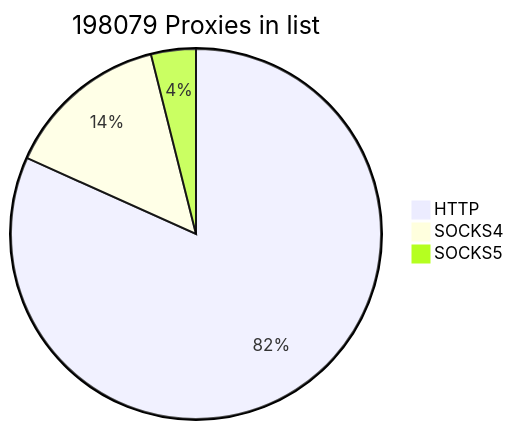
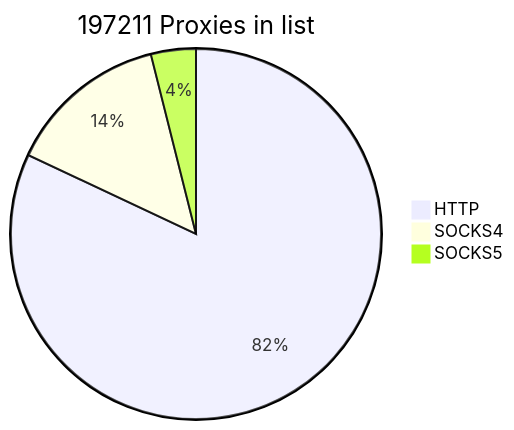
The first of 2 diagrams in README.md (cutipu/proxylist), drawn with Mermaid before and after one commit. The commit also changed other lines of this file, not shown here.

````diff
--- a/README.md
+++ b/README.md
@@ -2,7 +2,7 @@
 ```mermaid
-pie title 198079 Proxies in list
-    "HTTP" : 161883
-    "SOCKS4" : 28445
-    "SOCKS5" : 7751
+pie title 197211 Proxies in list
+    "HTTP" : 161713
+    "SOCKS4" : 27767
+    "SOCKS5" : 7731
             
 ```
````
